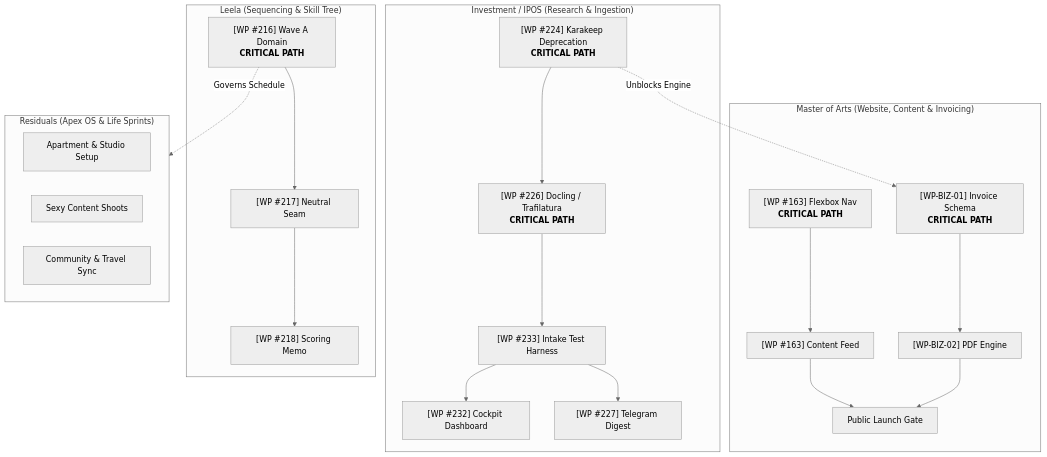
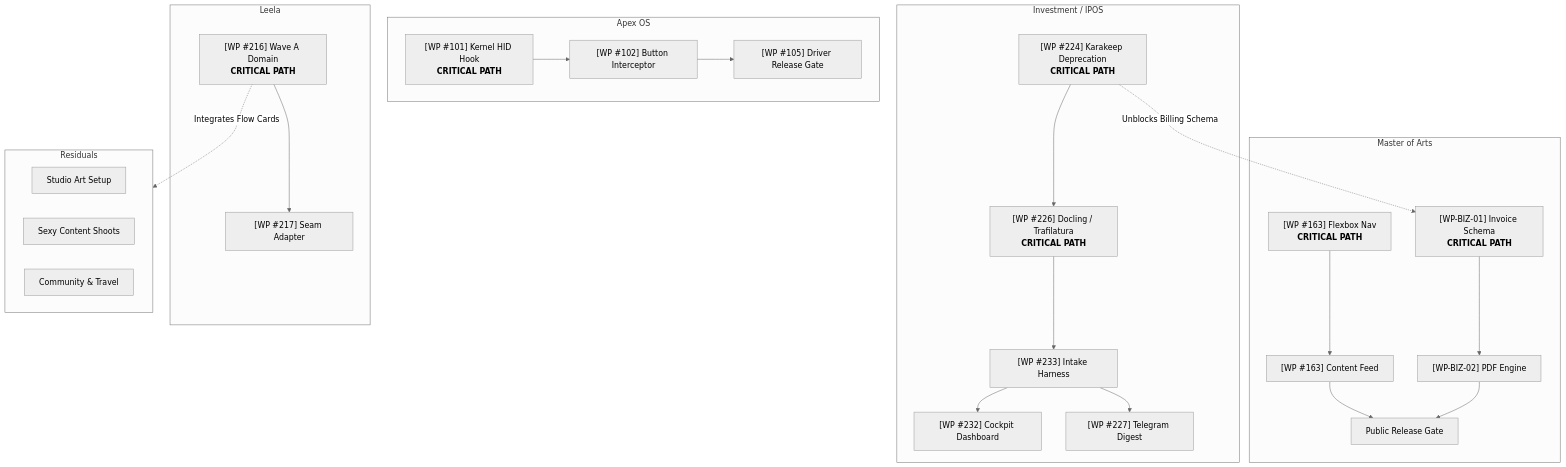
Before and after one commit to leela-spec/apexai-os-meta: the diagram in apex-meta/tools/project-improvement-orchestration-weekly/01-weekly-command-brief/SPEC-PRECAP-WEEK-ITERATIONS.okf.md, drawn with Mermaid (neutral theme). The commit also changed other lines of this file and 2 other files, not shown here.

````diff
--- a/apex-meta/tools/project-improvement-orchestration-weekly/01-weekly-command-brief/SPEC-PRECAP-WEEK-ITERATIONS.okf.md
+++ b/apex-meta/tools/project-improvement-orchestration-weekly/01-weekly-command-brief/SPEC-PRECAP-WEEK-ITERATIONS.okf.md
@@ -221,30 +180,34 @@
 ```mermaid
 flowchart TD
-  subgraph MoA["Master of Arts (Website, Content & Invoicing)"]
+  subgraph MoA["Master of Arts"]
     M1["[WP #163] Flexbox Nav<br/><b>CRITICAL PATH</b>"] --> M2["[WP #163] Content Feed"]
     M3["[WP-BIZ-01] Invoice Schema<br/><b>CRITICAL PATH</b>"] --> M4["[WP-BIZ-02] PDF Engine"]
-    M2 --> M5["Public Launch Gate"]
+    M2 --> M5["Public Release Gate"]
     M4 --> M5
   end
 
-  subgraph IPOS["Investment / IPOS (Research & Ingestion)"]
+  subgraph IPOS["Investment / IPOS"]
     I1["[WP #224] Karakeep Deprecation<br/><b>CRITICAL PATH</b>"] --> I2["[WP #226] Docling / Trafilatura<br/><b>CRITICAL PATH</b>"]
-    I2 --> I3["[WP #233] Intake Test Harness"]
+    I2 --> I3["[WP #233] Intake Harness"]
     I3 --> I4["[WP #232] Cockpit Dashboard"]
     I3 --> I5["[WP #227] Telegram Digest"]
   end
 
-  subgraph Leela["Leela (Sequencing & Skill Tree)"]
-    L1["[WP #216] Wave A Domain<br/><b>CRITICAL PATH</b>"] --> L2["[WP #217] Neutral Seam"]
-    L2 --> L3["[WP #218] Scoring Memo"]
+  subgraph Apex["Apex OS"]
+    A1["[WP #101] Kernel HID Hook<br/><b>CRITICAL PATH</b>"] --> A2["[WP #102] Button Interceptor"]
+    A2 --> A3["[WP #105] Driver Release Gate"]
   end
 
-  subgraph Residuals["Residuals (Apex OS & Life Sprints)"]
-    R1["Apartment & Studio Setup"]
-    R2["Sexy Content Shoots"]
-    R3["Community & Travel Sync"]
+  subgraph Leela["Leela"]
+    L1["[WP #216] Wave A Domain<br/><b>CRITICAL PATH</b>"] --> L2["[WP #217] Seam Adapter"]
   end
 
-  I1 -.->|Unblocks Engine| M3
-  L1 -.->|Governs Schedule| Residuals
+  subgraph Residuals["Residuals"]
+    R1["Studio Art Setup"]
+    R2["Sexy Content Shoots"]
+    R3["Community & Travel"]
+  end
+
+  I1 -.->|Unblocks Billing Schema| M3
+  L1 -.->|Integrates Flow Cards| Residuals
 ```
````
